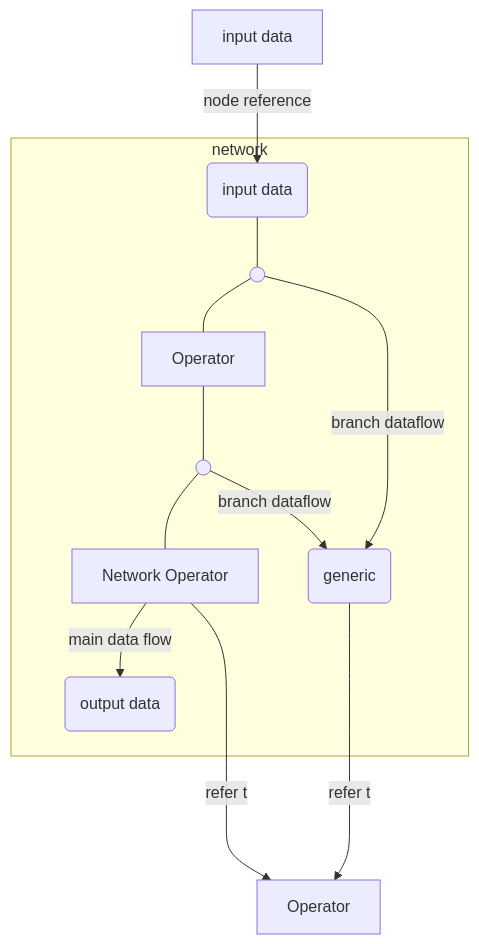
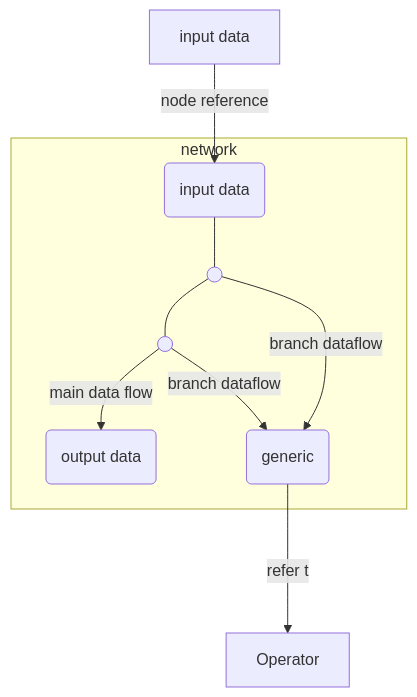
One commit to windwhiterain/Elf changed diagram 18 of 18 in readme.md. Above: the diagram before and after it, drawn with Mermaid. The commit also changed other lines of this file, not shown here.

````diff
--- a/readme.md
+++ b/readme.md
@@ -420,18 +510,15 @@
 ```mermaid
 graph TB
     inp[input data]
     op1[Operator]
     subgraph g1[network]
         in(input data)
         out(output data)
         o1(( ))
-        op2[Operator]
         o2(( ))
-        op3[Network Operator]
-        in--- o1--- op2--- o2--- op3--main data flow-->out
+        in--- o1--- o2--main data flow-->out
         o1 & o2--branch dataflow-->o3(generic)  
     end
     inp--node reference-->in
-    op3--refer to--->op1
     o3--refer to-->op1
 ```
````
